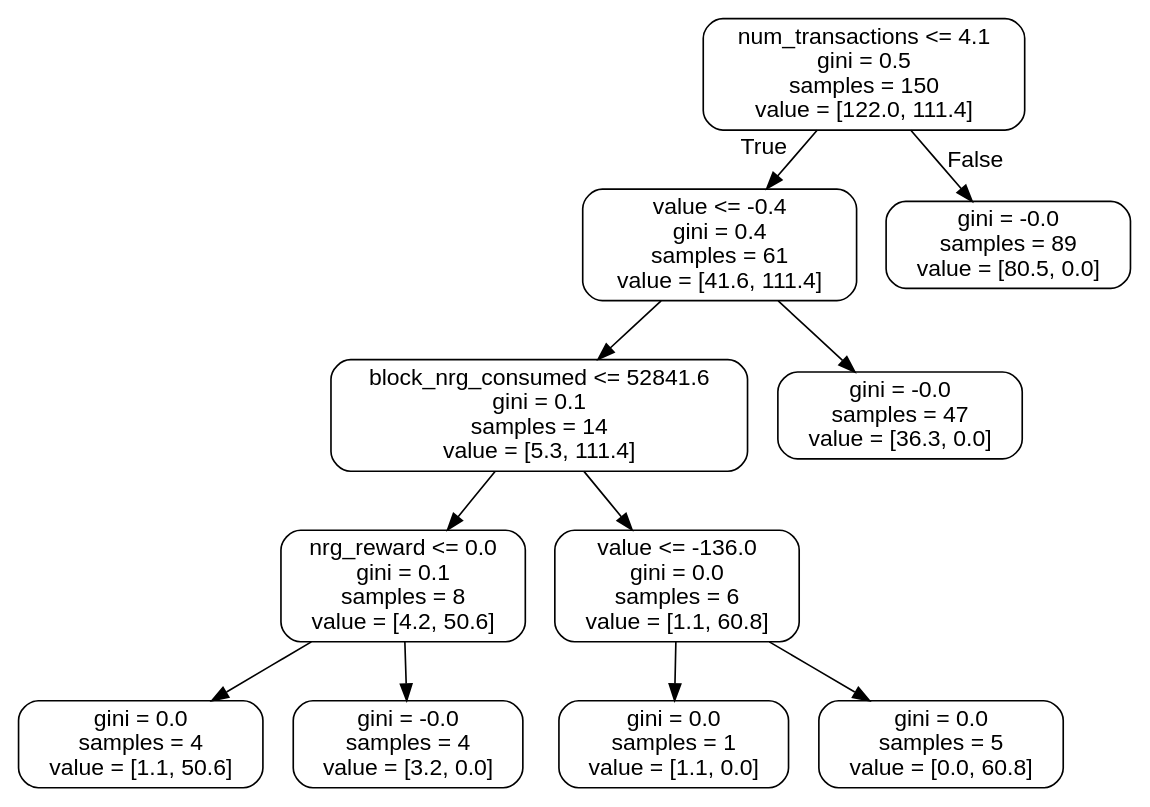
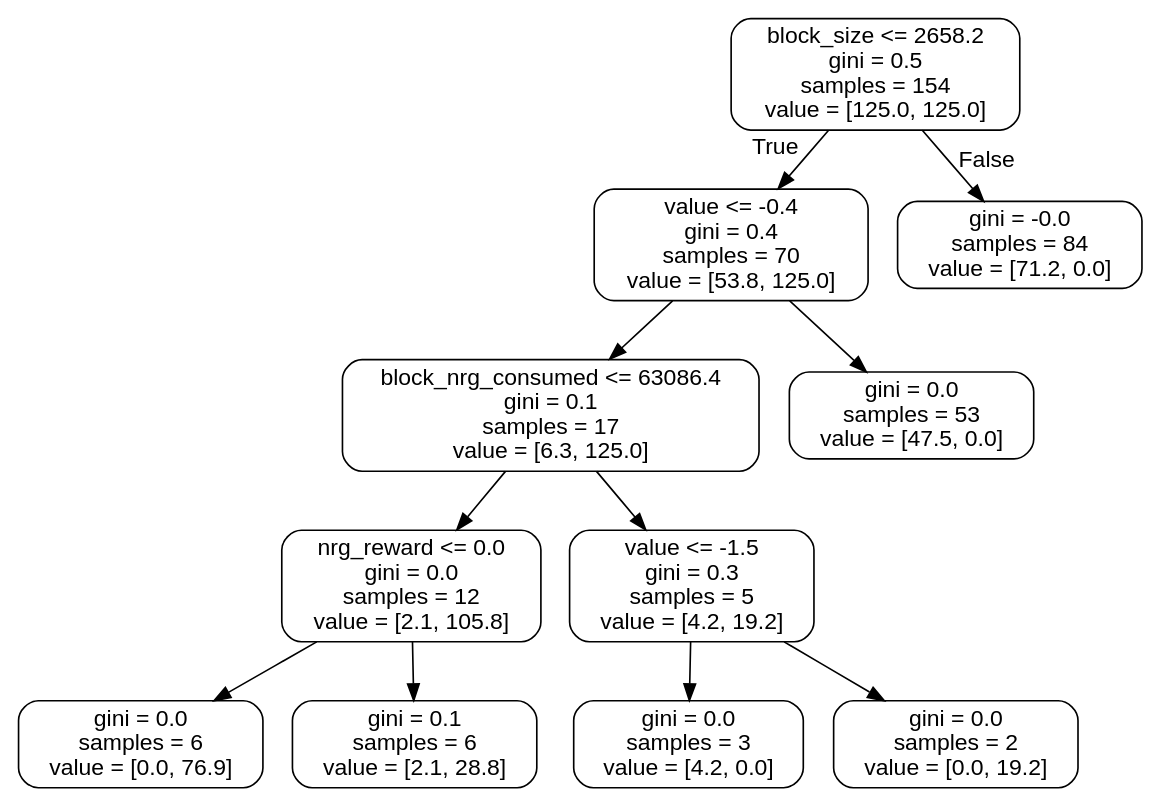
One commit to andre-aion/aion_analytics changed the diagram in small_tree.dot. Above: the diagram before and after it, drawn with Graphviz. The commit also changed 10 other files, not shown here.

```diff
--- a/small_tree.dot
+++ b/small_tree.dot
@@ -1,25 +1,25 @@
 digraph Tree {
 node [shape=box, style="rounded", color="black", fontname=helvetica] ;
 edge [fontname=helvetica] ;
-0 [label="num_transactions <= 4.1\ngini = 0.5\nsamples = 150\nvalue = [122.0, 111.4]"] ;
-1 [label="value <= -0.4\ngini = 0.4\nsamples = 61\nvalue = [41.6, 111.4]"] ;
+0 [label="block_size <= 2658.2\ngini = 0.5\nsamples = 154\nvalue = [125.0, 125.0]"] ;
+1 [label="value <= -0.4\ngini = 0.4\nsamples = 70\nvalue = [53.8, 125.0]"] ;
 0 -> 1 [labeldistance=2.5, labelangle=45, headlabel="True"] ;
-2 [label="block_nrg_consumed <= 52841.6\ngini = 0.1\nsamples = 14\nvalue = [5.3, 111.4]"] ;
+2 [label="block_nrg_consumed <= 63086.4\ngini = 0.1\nsamples = 17\nvalue = [6.3, 125.0]"] ;
 1 -> 2 ;
-3 [label="nrg_reward <= 0.0\ngini = 0.1\nsamples = 8\nvalue = [4.2, 50.6]"] ;
+3 [label="nrg_reward <= 0.0\ngini = 0.0\nsamples = 12\nvalue = [2.1, 105.8]"] ;
 2 -> 3 ;
-4 [label="gini = 0.0\nsamples = 4\nvalue = [1.1, 50.6]"] ;
+4 [label="gini = 0.0\nsamples = 6\nvalue = [0.0, 76.9]"] ;
 3 -> 4 ;
-5 [label="gini = -0.0\nsamples = 4\nvalue = [3.2, 0.0]"] ;
+5 [label="gini = 0.1\nsamples = 6\nvalue = [2.1, 28.8]"] ;
 3 -> 5 ;
-6 [label="value <= -136.0\ngini = 0.0\nsamples = 6\nvalue = [1.1, 60.8]"] ;
+6 [label="value <= -1.5\ngini = 0.3\nsamples = 5\nvalue = [4.2, 19.2]"] ;
 2 -> 6 ;
-7 [label="gini = 0.0\nsamples = 1\nvalue = [1.1, 0.0]"] ;
+7 [label="gini = 0.0\nsamples = 3\nvalue = [4.2, 0.0]"] ;
 6 -> 7 ;
-8 [label="gini = 0.0\nsamples = 5\nvalue = [0.0, 60.8]"] ;
+8 [label="gini = 0.0\nsamples = 2\nvalue = [0.0, 19.2]"] ;
 6 -> 8 ;
-9 [label="gini = -0.0\nsamples = 47\nvalue = [36.3, 0.0]"] ;
+9 [label="gini = 0.0\nsamples = 53\nvalue = [47.5, 0.0]"] ;
 1 -> 9 ;
-10 [label="gini = -0.0\nsamples = 89\nvalue = [80.5, 0.0]"] ;
+10 [label="gini = -0.0\nsamples = 84\nvalue = [71.2, 0.0]"] ;
 0 -> 10 [labeldistance=2.5, labelangle=-45, headlabel="False"] ;
 }
```
